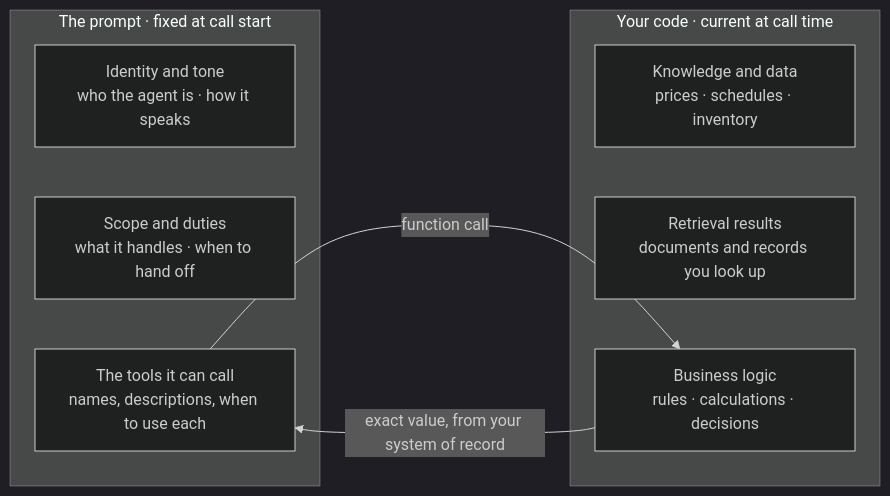
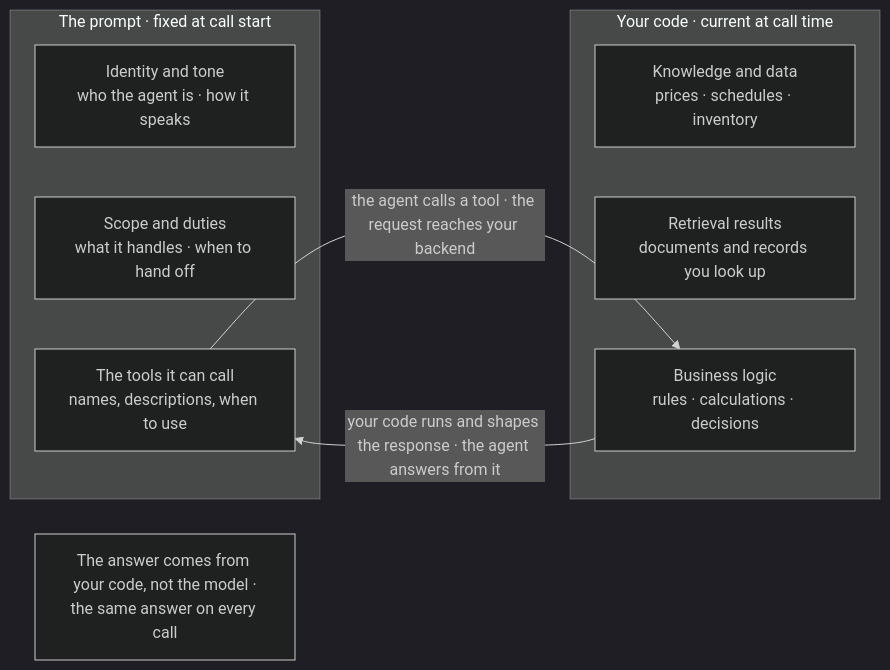
One commit to signalwire/docs changed the diagram in fern/products/platform/pages/ai/get-started/best-practices-for-ai/index.mdx. Above: the diagram before and after it, drawn with Mermaid (dark theme). The commit also changed other lines of this file and 1 other file, not shown here.

Commit message:
docs(ai): move the prompt/code round trip into the channel and name the mechanism
The two arrows floated in dead space below both panels, touching neither, and
their labels named the payload rather than what happens. Widen the channel from
80px to 240px by narrowing the panels, and put both arrows in it, centered
against the card stacks and reaching to within 4px of each panel edge.

Labels now trace the hop: the agent calls a tool, the request reaches your
backend, your code shapes the response, the agent answers from it. Add the
centered mono caption both sibling diagrams close with, carrying the reliability
point - the answer comes from your code, not the model. Shorten the tools
subtitle so the narrower card holds it.

Update the aria-label, the img alt, and the paired llms-only mermaid to match.

````diff
--- a/fern/products/platform/pages/ai/get-started/best-practices-for-ai/index.mdx
+++ b/fern/products/platform/pages/ai/get-started/best-practices-for-ai/index.mdx
@@ -53,17 +53,19 @@
 ```mermaid
 flowchart LR
     subgraph P["The prompt · fixed at call start"]
         P1["Identity and tone<br/>who the agent is · how it speaks"]
         P2["Scope and duties<br/>what it handles · when to hand off"]
-        P3["The tools it can call<br/>names, descriptions, when to use each"]
+        P3["The tools it can call<br/>names, descriptions, when to use"]
     end
 
     subgraph C["Your code · current at call time"]
         C1["Knowledge and data<br/>prices · schedules · inventory"]
         C2["Retrieval results<br/>documents and records you look up"]
         C3["Business logic<br/>rules · calculations · decisions"]
     end
 
-    P3 -->|function call| C3
-    C3 -->|"exact value, from your system of record"| P3
+    P3 -->|"the agent calls a tool · the request reaches your backend"| C3
+    C3 -->|"your code runs and shapes the response · the agent answers from it"| P3
+
+    N["The answer comes from your code, not the model ·<br/>the same answer on every call"]
 ```
````
